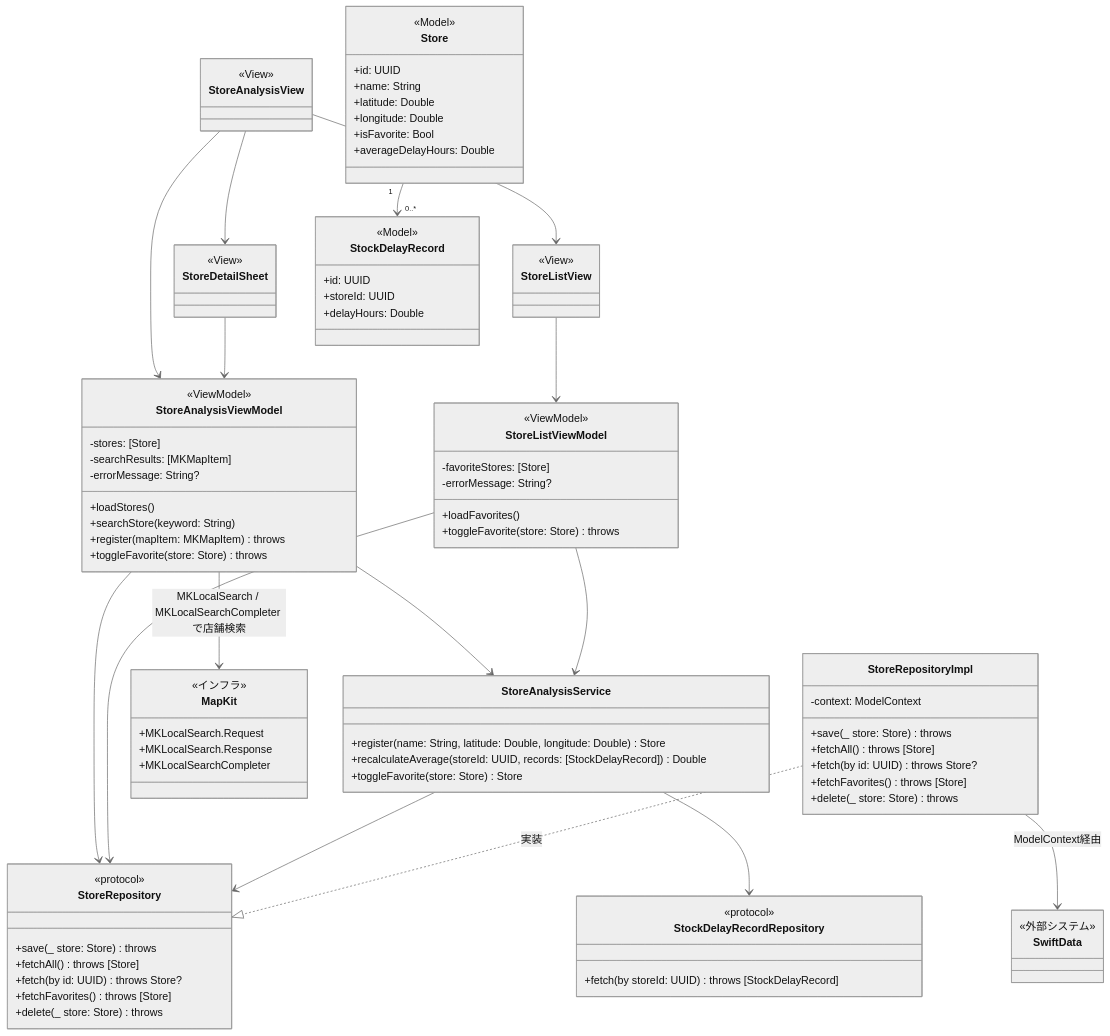
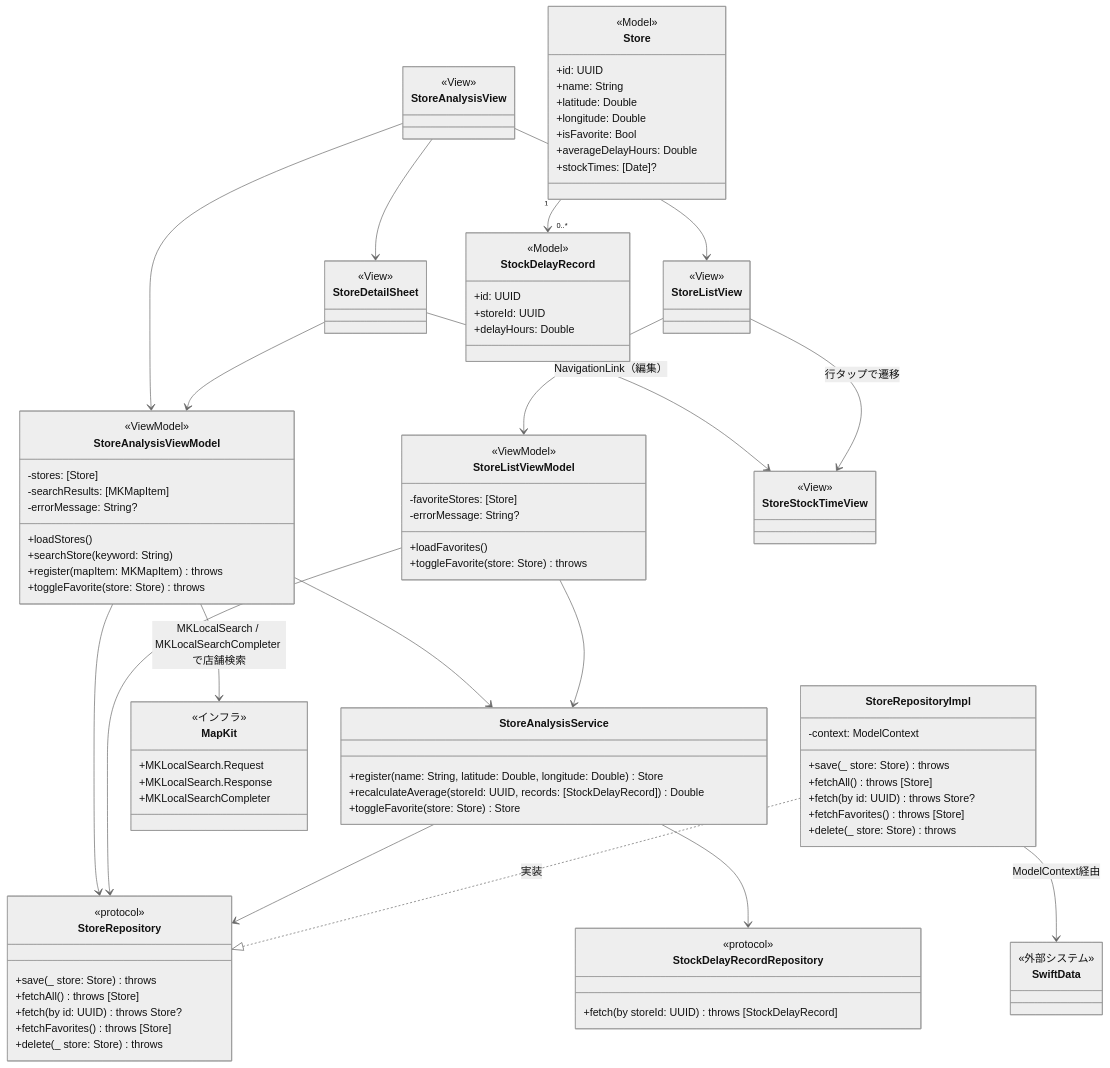
The diagram in docs/detailed_design/F03_店舗分析/01_詳細クラス図.md (almashY/GunplaRadar-iOS), drawn with Mermaid (neutral theme) before and after one commit. The commit also changed 4 other files, not shown here.

```diff
--- a/docs/detailed_design/F03_店舗分析/01_詳細クラス図.md
+++ b/docs/detailed_design/F03_店舗分析/01_詳細クラス図.md
@@ -70,6 +70,11 @@
         +longitude: Double
         +isFavorite: Bool
         +averageDelayHours: Double
+        +stockTimes: [Date]?
+    }
+
+    class StoreStockTimeView {
+        <<View>>
     }
 
     class StockDelayRecord {
@@ -98,6 +103,8 @@
     StoreAnalysisViewModel --> StoreRepository
     StoreAnalysisViewModel --> MapKit : MKLocalSearch / MKLocalSearchCompleter で店舗検索
     StoreDetailSheet --> StoreAnalysisViewModel
+    StoreDetailSheet --> StoreStockTimeView : NavigationLink（編集）
+    StoreListView --> StoreStockTimeView : 行タップで遷移
     StoreListViewModel --> StoreRepository
     StoreListViewModel --> StoreAnalysisService
     StoreAnalysisService --> StoreRepository
```
